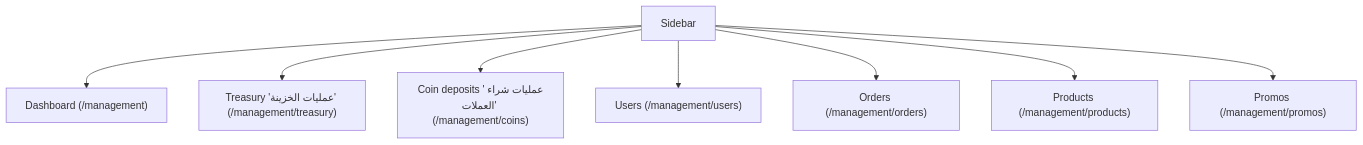
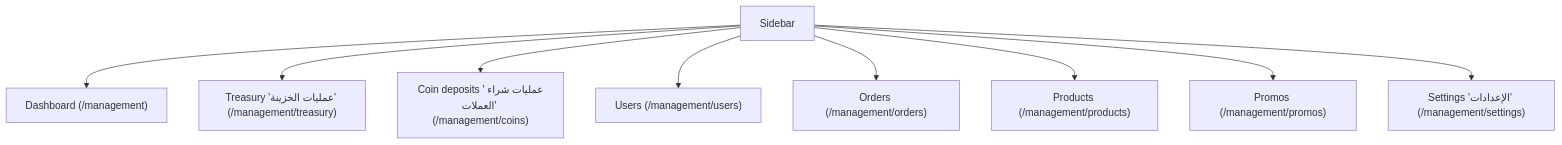
Before and after one commit to lawaty/67-Store: the diagram in docs/03-specs/06-back-office.md, drawn with Mermaid. The commit also changed other lines of this file and 332 other files, not shown here.

````diff
--- a/docs/03-specs/06-back-office.md
+++ b/docs/03-specs/06-back-office.md
@@ -26,10 +26,11 @@
 ```mermaid
 flowchart TD
   Sidebar --> Dashboard["Dashboard (/management)"]
   Sidebar --> Treasury["Treasury 'عمليات الخزينة' (/management/treasury)"]
   Sidebar --> Coins["Coin deposits 'عمليات شراء العملات' (/management/coins)"]
   Sidebar --> Users["Users (/management/users)"]
   Sidebar --> Orders["Orders (/management/orders)"]
   Sidebar --> Products["Products (/management/products)"]
   Sidebar --> Promos["Promos (/management/promos)"]
+  Sidebar --> Settings["Settings 'الإعدادات' (/management/settings)"]
 ```
````
